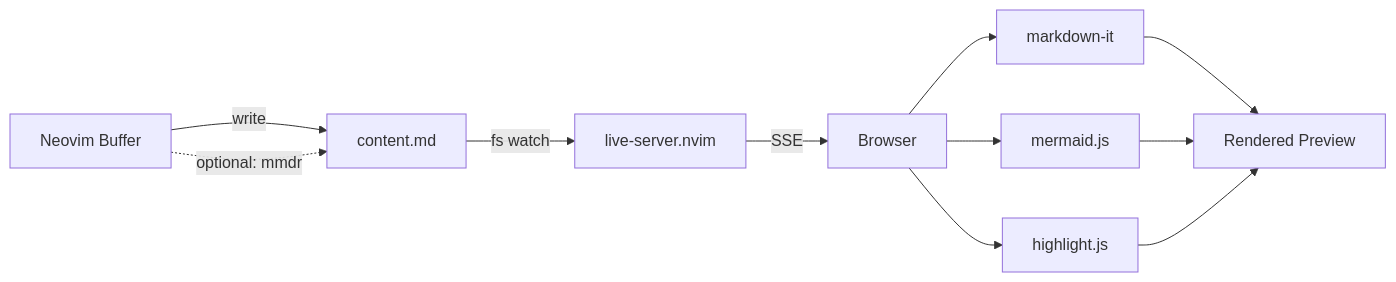
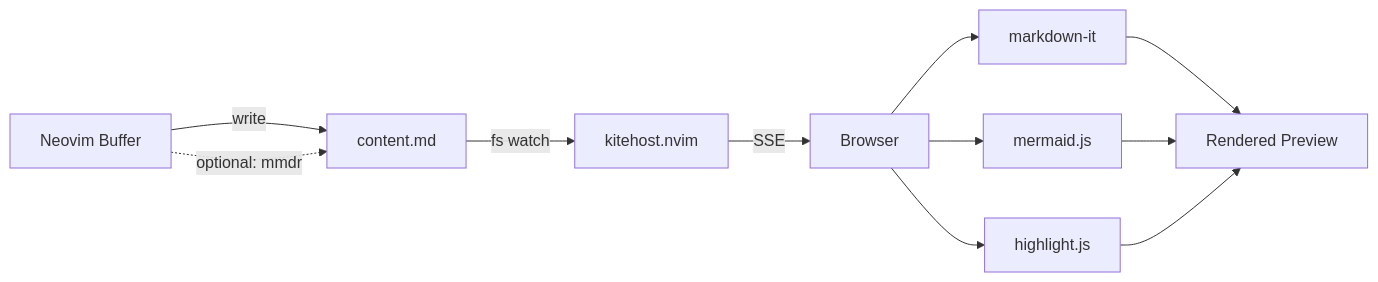
Before and after one commit to ddxtanx/markdown-preview.nvim: the diagram in README.md, drawn with Mermaid. The commit also changed other lines of this file and 7 other files, not shown here.

````diff
--- a/README.md
+++ b/README.md
@@ -208,13 +237,13 @@
 ```mermaid
 graph LR
     A[Neovim Buffer] -->|write| B[content.md]
     A -.->|optional: mmdr| B
-    B -->|fs watch| C[live-server.nvim]
+    B -->|fs watch| C[kitehost.nvim]
     C -->|SSE| D[Browser]
     D --> E[markdown-it]
     D --> F[mermaid.js]
     D --> G[highlight.js]
     E --> H[Rendered Preview]
     F --> H
     G --> H
 ```
````
